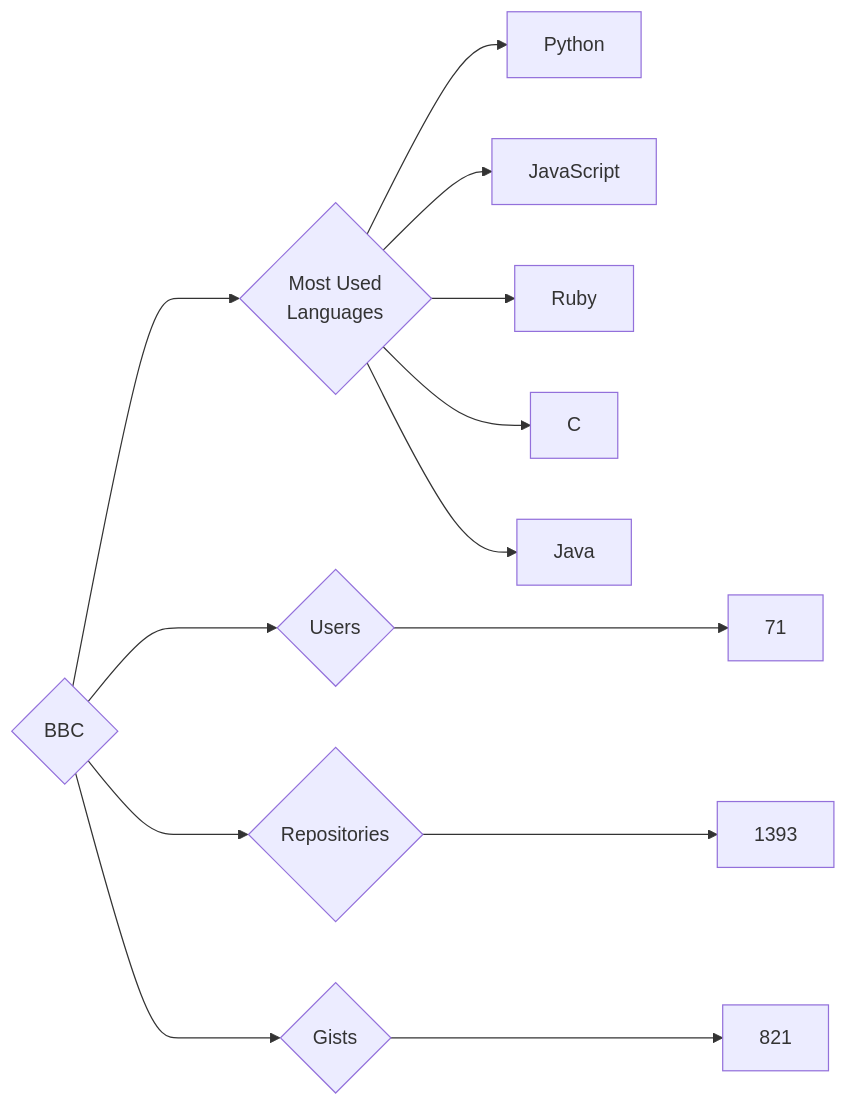
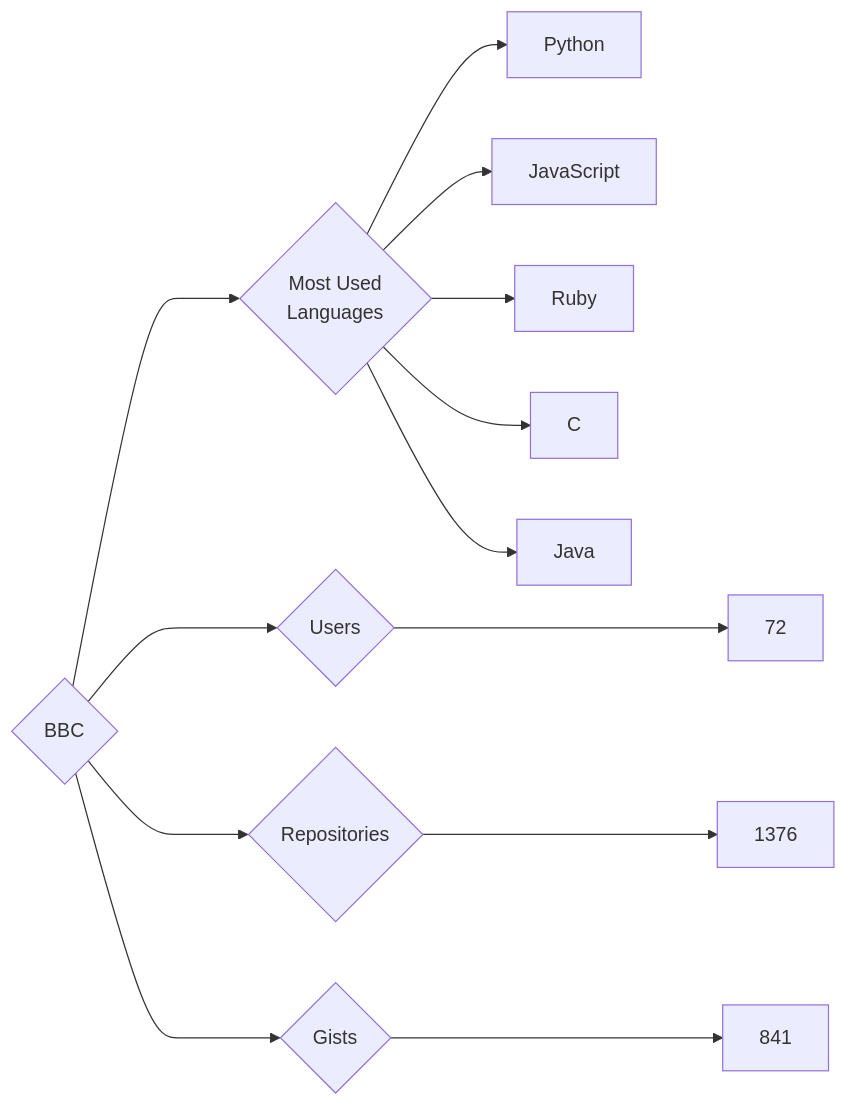
The diagram in targets/BBC/README.md (trickest/insiders), drawn with Mermaid before and after one commit. The commit also changed 715 other files, not shown here.

````diff
--- a/targets/BBC/README.md
+++ b/targets/BBC/README.md
@@ -3,13 +3,13 @@
 ```mermaid
 graph LR
 COMPANY_NAME{BBC}
-COMPANY_NAME ---> U{Users} ---> UN[71]
-COMPANY_NAME ---> R{Repositories} ---> RN[1393]
-COMPANY_NAME ---> G{Gists} ---> GN[821]
+COMPANY_NAME ---> U{Users} ---> UN[72]
+COMPANY_NAME ---> R{Repositories} ---> RN[1376]
+COMPANY_NAME ---> G{Gists} ---> GN[841]
 COMPANY_NAME ---> ML{Most Used<br>Languages}
 ML --> Python[Python]
 ML --> JavaScript[JavaScript]
 ML --> Ruby[Ruby]
 ML --> C[C]
 ML --> Java[Java]
 ```
````
